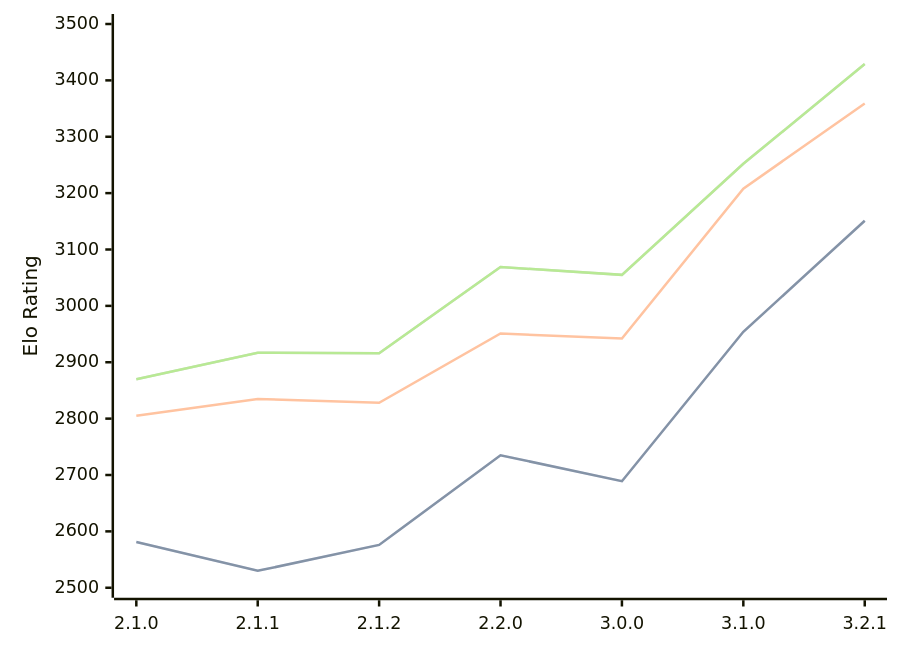
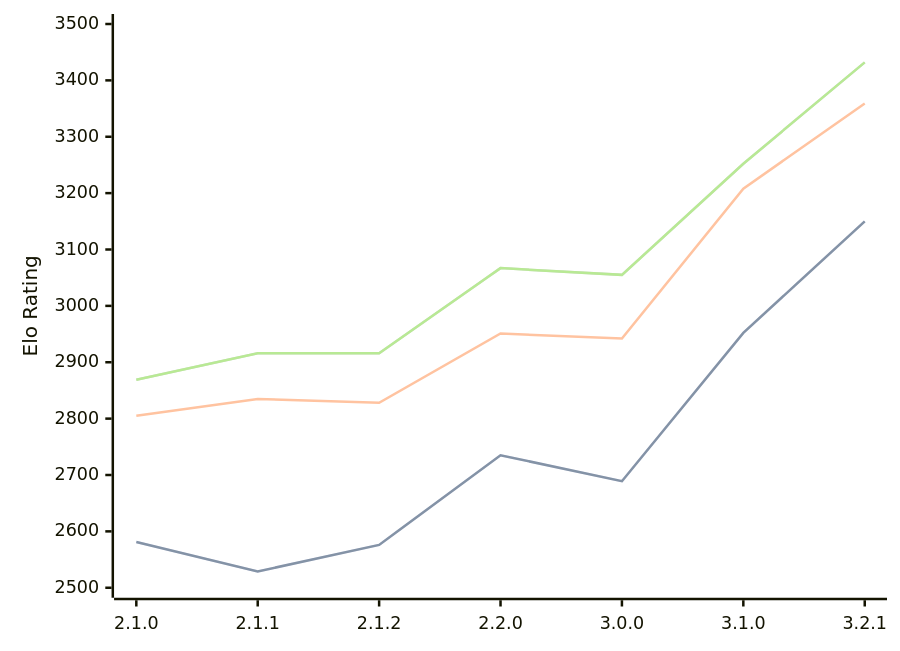
Before and after one commit to computer-chess-index/cci: the diagram in engines/Prune.md, drawn with Mermaid. The commit also changed other lines of this file, not shown here.

Commit message:
Update CCI Ratings (ELO VLTC) - 2026-03-03

````diff
--- a/engines/Prune.md
+++ b/engines/Prune.md
@@ -40,11 +40,11 @@
 ```mermaid
 %%{init: {"theme":"base","themeVariables":{"seriesColors:['#a3a3a3','#222221','#faa371']}}}%%
 xychart-beta
   x-axis ["2.1.0", "2.1.1", "2.1.2", "2.2.0", "3.0.0", "3.1.0", "3.2.1"]
   y-axis "Elo Rating" 2500 --> 3500
-  line "STC (8.0+0.08s)" [2581, 2530, 2576, 2735, 2689, 2954, 3151]
-  line "STC (8.0+0.08s)" [2581, 2530, 2576, 2735, 2689, 2954, 3151]
+  line "STC (8.0+0.08s)" [2581, 2529, 2576, 2735, 2689, 2952, 3150]
+  line "STC (8.0+0.08s)" [2581, 2529, 2576, 2735, 2689, 2952, 3150]
   line "LTC (60.0+0.60s)" [2805, 2835, 2828, 2951, 2942, 3208, 3359]
-  line "VLTC (2m24s+1.12s)" [2870, 2917, 2916, 3069, 3055, 3252, 3429]
-  line "VLTC (2m24s+1.12s)" [2870, 2917, 2916, 3069, 3055, 3252, 3429]
+  line "VLTC (2m24s+1.12s)" [2869, 2916, 2916, 3067, 3055, 3252, 3432]
+  line "VLTC (2m24s+1.12s)" [2869, 2916, 2916, 3067, 3055, 3252, 3432]
 ```
````
